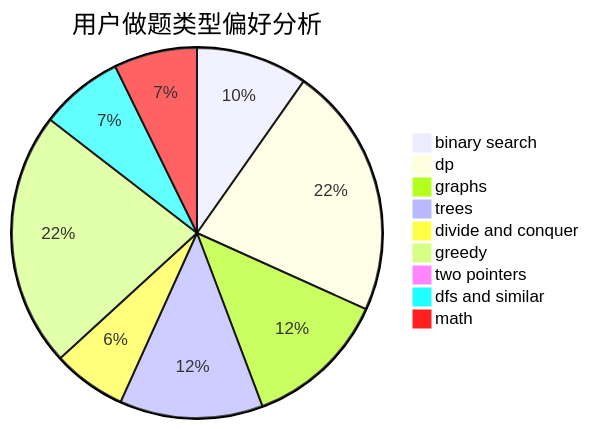
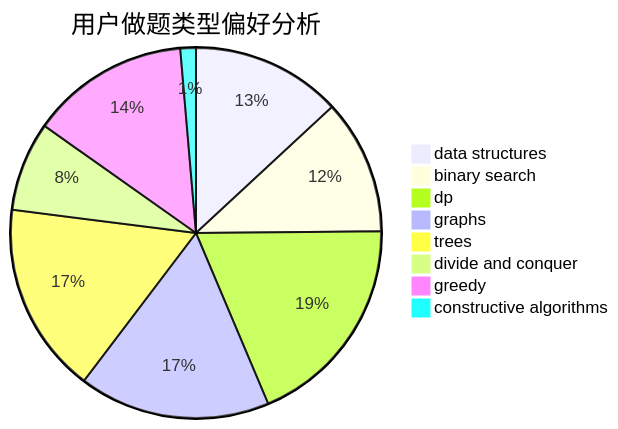
The second of 3 diagrams in docs/user/u1044.md (sherpahu/cfrs.github.io), drawn with Mermaid before and after one commit. The commit also changed other lines of this file and 2775 other files, not shown here.

````diff
--- a/docs/user/u1044.md
+++ b/docs/user/u1044.md
@@ -23,12 +23,11 @@
 ```mermaid
 pie title 用户做题类型偏好分析
-    "binary search" :  106
-    "dp" :  239
-    "graphs" :  136
-    "trees" :  136
-    "divide and conquer" :  70
-    "greedy" :  242
-    "two pointers" :  6
-    "dfs and similar" :  79
-    "math" :  79
+    "data structures" :  106
+    "binary search" :  95
+    "dp" :  152
+    "graphs" :  135
+    "trees" :  135
+    "divide and conquer" :  63
+    "greedy" :  112
+    "constructive algorithms" :  11
 ```
````
